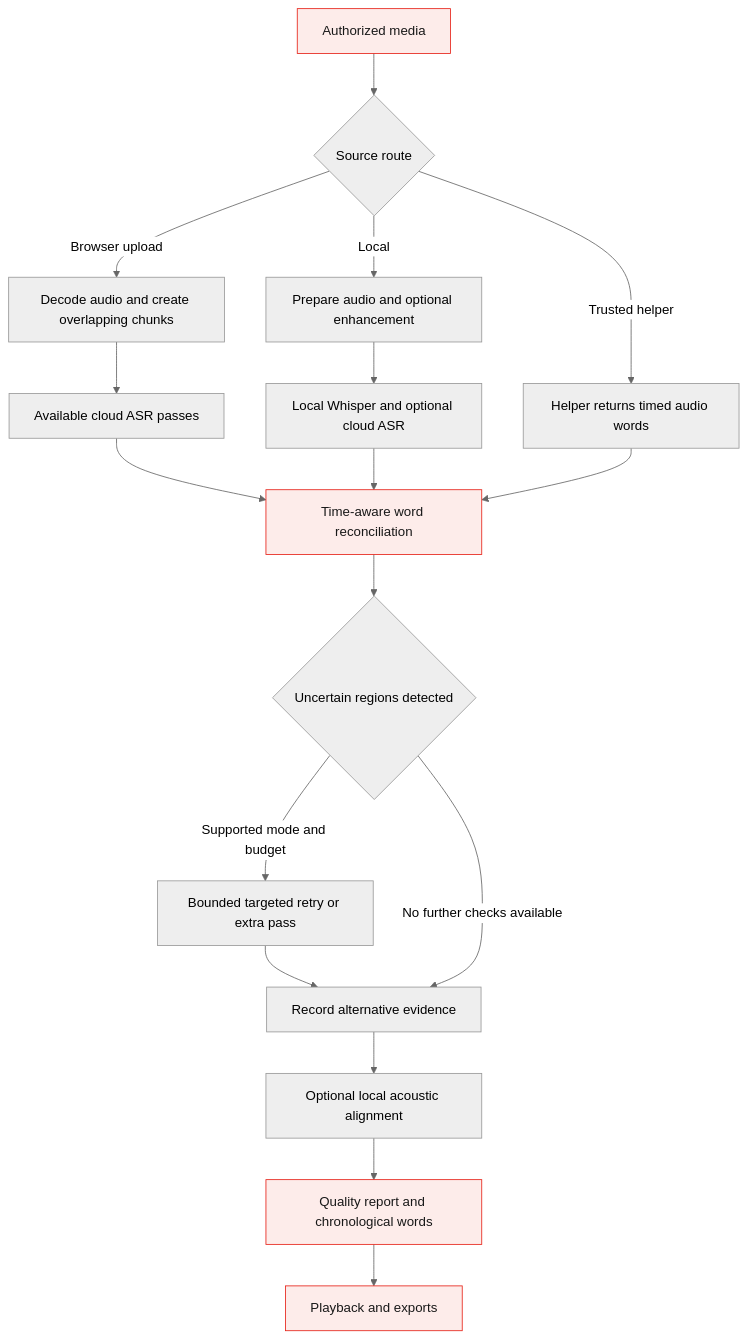
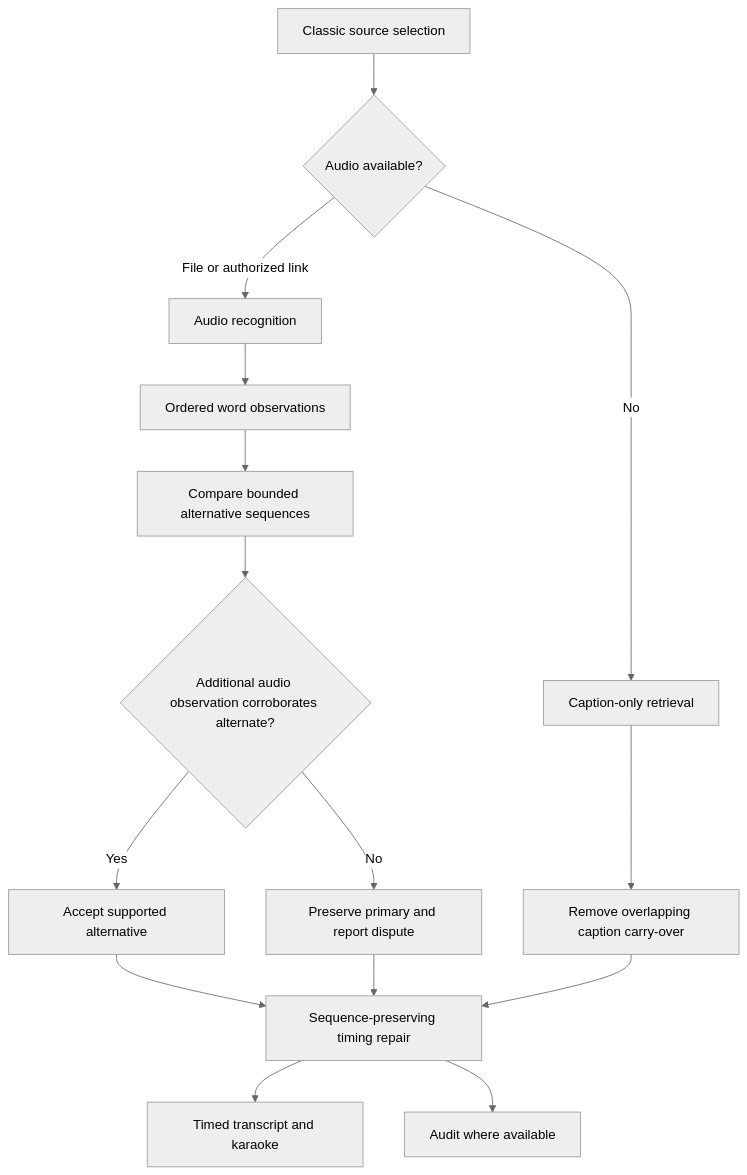
Before and after one commit to abhishek6966/Youtube-Transcribe-Downloader: the first of 5 diagrams in README.md, drawn with Mermaid (neutral theme). The commit also changed other lines of this file and 32 other files, not shown here.

````diff
--- a/README.md
+++ b/README.md
@@ -162,21 +49,17 @@
 ```mermaid
 flowchart TD
-    A[Authorized media] --> B{Source route}
-    B -->|Browser upload| C[Decode audio and create overlapping chunks]
-    B -->|Local| D[Prepare audio and optional enhancement]
-    B -->|Trusted helper| E[Helper returns timed audio words]
-    C --> F[Available cloud ASR passes]
-    D --> G[Local Whisper and optional cloud ASR]
-    F --> H[Time-aware word reconciliation]
-    G --> H
-    E --> H
-    H --> I{Uncertain regions detected}
-    I -->|Supported mode and budget| J[Bounded targeted retry or extra pass]
-    J --> K[Record alternative evidence]
-    I -->|No further checks available| K
-    K --> L[Optional local acoustic alignment]
-    L --> M[Quality report and chronological words]
-    M --> N[Playback and exports]
-    classDef red fill:#fdecea,stroke:#e62117,color:#181818
-    class A,H,M,N red
+    A[Classic source selection] --> B{Audio available?}
+    B -->|No| C[Caption-only retrieval]
+    B -->|File or authorized link| D[Audio recognition]
+    D --> E[Ordered word observations]
+    E --> F[Compare bounded alternative sequences]
+    F --> G{Additional audio observation corroborates alternate?}
+    G -->|Yes| H[Accept supported alternative]
+    G -->|No| I[Preserve primary and report dispute]
+    C --> J[Remove overlapping caption carry-over]
+    H --> K[Sequence-preserving timing repair]
+    I --> K
+    J --> K
+    K --> L[Timed transcript and karaoke]
+    K --> M[Audit where available]
 ```
````
